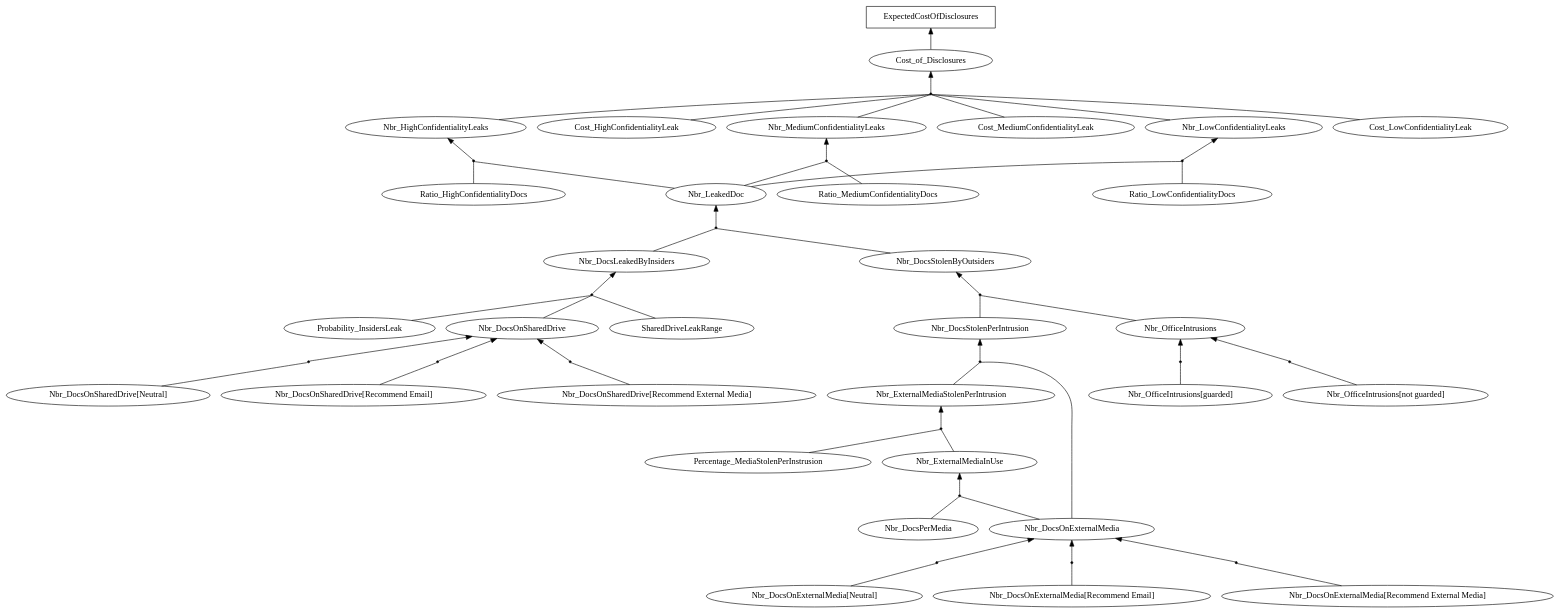
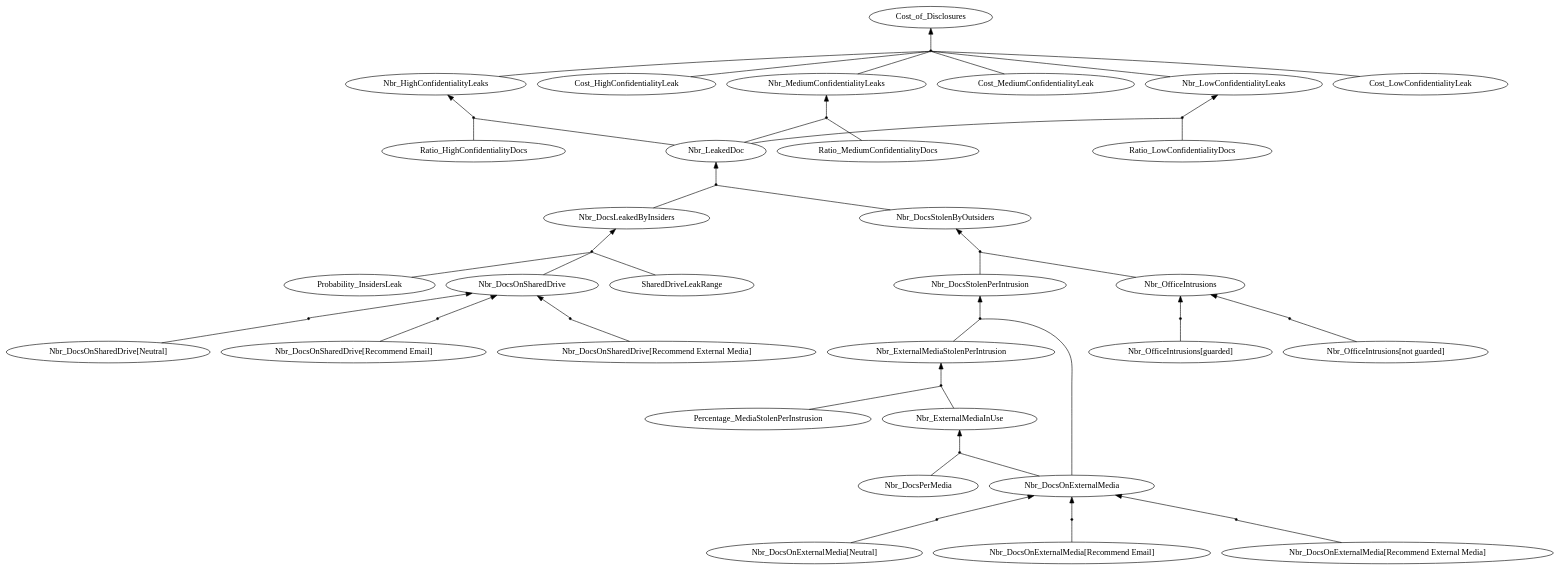
Before and after one commit to sbusari/RADAR2: the diagram in uk.ac.ucl.cs.results/BSPDM/graph/vgraph.dot, drawn with Graphviz. The commit also changed 24 other files, not shown here.

```diff
--- a/uk.ac.ucl.cs.results/BSPDM/graph/vgraph.dot
+++ b/uk.ac.ucl.cs.results/BSPDM/graph/vgraph.dot
@@ -1,97 +1,95 @@
 digraph G { 
 rankdir = BT 
 "Probability_InsidersLeak" [shape = oval] 
 AndRef0[shape = point] 
 AndRef0->"Nbr_DocsOnSharedDrive"
 "Nbr_DocsOnSharedDrive[Neutral]"->AndRef0 [dir = none] 
 AndRef1[shape = point] 
 AndRef1->"Nbr_DocsOnSharedDrive"
 "Nbr_DocsOnSharedDrive[Recommend Email]"->AndRef1 [dir = none] 
 AndRef2[shape = point] 
 AndRef2->"Nbr_DocsOnSharedDrive"
 "Nbr_DocsOnSharedDrive[Recommend External Media]"->AndRef2 [dir = none] 
 "Nbr_DocsOnSharedDrive" [shape = oval] 
 "SharedDriveLeakRange" [shape = oval] 
 "Nbr_DocsLeakedByInsiders" [shape = oval] 
 AndRef3[shape = point] 
 AndRef3->"Nbr_DocsLeakedByInsiders"
 "Probability_InsidersLeak"->AndRef3 [dir = none] 
 "Nbr_DocsOnSharedDrive"->AndRef3 [dir = none] 
 "SharedDriveLeakRange"->AndRef3 [dir = none] 
 AndRef4[shape = point] 
 AndRef4->"Nbr_OfficeIntrusions"
 "Nbr_OfficeIntrusions[not guarded]"->AndRef4 [dir = none] 
 AndRef5[shape = point] 
 AndRef5->"Nbr_OfficeIntrusions"
 "Nbr_OfficeIntrusions[guarded]"->AndRef5 [dir = none] 
 "Nbr_OfficeIntrusions" [shape = oval] 
 AndRef6[shape = point] 
 AndRef6->"Nbr_DocsOnExternalMedia"
 "Nbr_DocsOnExternalMedia[Neutral]"->AndRef6 [dir = none] 
 AndRef7[shape = point] 
 AndRef7->"Nbr_DocsOnExternalMedia"
 "Nbr_DocsOnExternalMedia[Recommend Email]"->AndRef7 [dir = none] 
 AndRef8[shape = point] 
 AndRef8->"Nbr_DocsOnExternalMedia"
 "Nbr_DocsOnExternalMedia[Recommend External Media]"->AndRef8 [dir = none] 
 "Nbr_DocsOnExternalMedia" [shape = oval] 
 "Nbr_DocsPerMedia" [shape = oval] 
 "Nbr_ExternalMediaInUse" [shape = oval] 
 AndRef9[shape = point] 
 AndRef9->"Nbr_ExternalMediaInUse"
 "Nbr_DocsOnExternalMedia"->AndRef9 [dir = none] 
 "Nbr_DocsPerMedia"->AndRef9 [dir = none] 
 "Percentage_MediaStolenPerInstrusion" [shape = oval] 
 "Nbr_ExternalMediaStolenPerIntrusion" [shape = oval] 
 AndRef10[shape = point] 
 AndRef10->"Nbr_ExternalMediaStolenPerIntrusion"
 "Nbr_ExternalMediaInUse"->AndRef10 [dir = none] 
 "Percentage_MediaStolenPerInstrusion"->AndRef10 [dir = none] 
 "Nbr_DocsStolenPerIntrusion" [shape = oval] 
 AndRef11[shape = point] 
 AndRef11->"Nbr_DocsStolenPerIntrusion"
 "Nbr_ExternalMediaStolenPerIntrusion"->AndRef11 [dir = none] 
 "Nbr_DocsOnExternalMedia"->AndRef11 [dir = none] 
 "Nbr_DocsStolenByOutsiders" [shape = oval] 
 AndRef12[shape = point] 
 AndRef12->"Nbr_DocsStolenByOutsiders"
 "Nbr_OfficeIntrusions"->AndRef12 [dir = none] 
 "Nbr_DocsStolenPerIntrusion"->AndRef12 [dir = none] 
 "Nbr_LeakedDoc" [shape = oval] 
 AndRef13[shape = point] 
 AndRef13->"Nbr_LeakedDoc"
 "Nbr_DocsLeakedByInsiders"->AndRef13 [dir = none] 
 "Nbr_DocsStolenByOutsiders"->AndRef13 [dir = none] 
 "Ratio_HighConfidentialityDocs" [shape = oval] 
 "Nbr_HighConfidentialityLeaks" [shape = oval] 
 AndRef14[shape = point] 
 AndRef14->"Nbr_HighConfidentialityLeaks"
 "Nbr_LeakedDoc"->AndRef14 [dir = none] 
 "Ratio_HighConfidentialityDocs"->AndRef14 [dir = none] 
 "Cost_HighConfidentialityLeak" [shape = oval] 
 "Ratio_MediumConfidentialityDocs" [shape = oval] 
 "Nbr_MediumConfidentialityLeaks" [shape = oval] 
 AndRef15[shape = point] 
 AndRef15->"Nbr_MediumConfidentialityLeaks"
 "Nbr_LeakedDoc"->AndRef15 [dir = none] 
 "Ratio_MediumConfidentialityDocs"->AndRef15 [dir = none] 
 "Cost_MediumConfidentialityLeak" [shape = oval] 
 "Ratio_LowConfidentialityDocs" [shape = oval] 
 "Nbr_LowConfidentialityLeaks" [shape = oval] 
 AndRef16[shape = point] 
 AndRef16->"Nbr_LowConfidentialityLeaks"
 "Nbr_LeakedDoc"->AndRef16 [dir = none] 
 "Ratio_LowConfidentialityDocs"->AndRef16 [dir = none] 
 "Cost_LowConfidentialityLeak" [shape = oval] 
 "Cost_of_Disclosures" [shape = oval] 
 AndRef17[shape = point] 
 AndRef17->"Cost_of_Disclosures"
 "Nbr_HighConfidentialityLeaks"->AndRef17 [dir = none] 
 "Cost_HighConfidentialityLeak"->AndRef17 [dir = none] 
 "Nbr_MediumConfidentialityLeaks"->AndRef17 [dir = none] 
 "Cost_MediumConfidentialityLeak"->AndRef17 [dir = none] 
 "Nbr_LowConfidentialityLeaks"->AndRef17 [dir = none] 
 "Cost_LowConfidentialityLeak"->AndRef17 [dir = none] 
-ExpectedCostOfDisclosures [shape = box] 
-Cost_of_Disclosures->"ExpectedCostOfDisclosures"
 }
```
